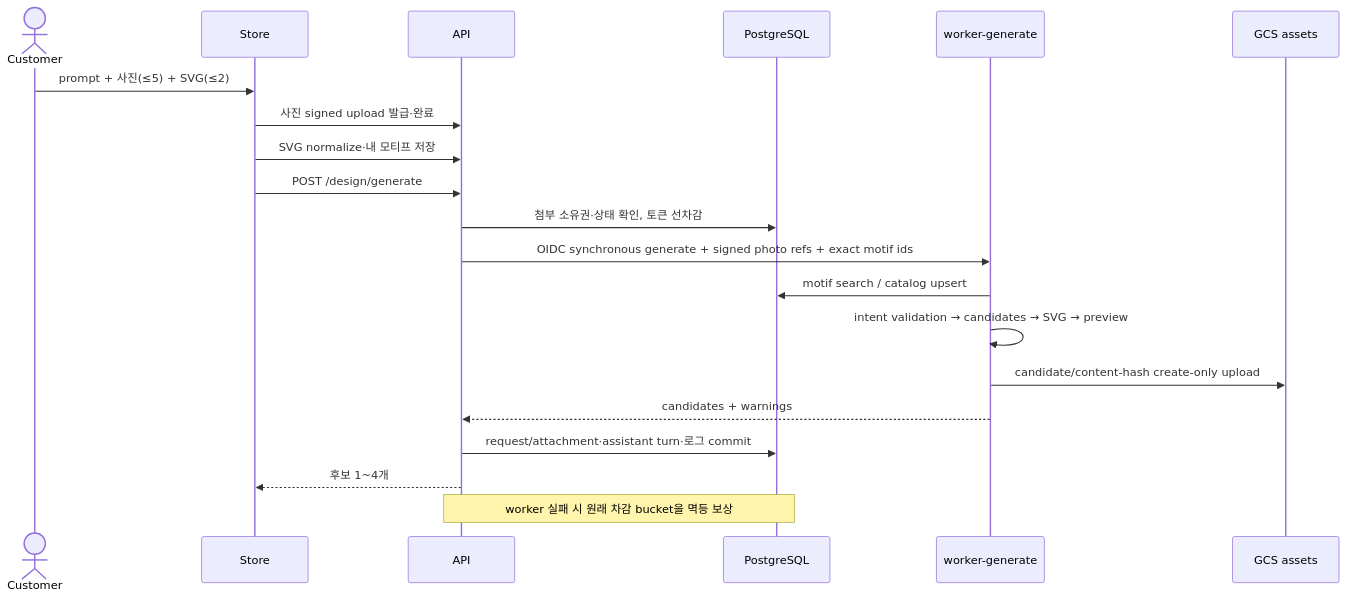
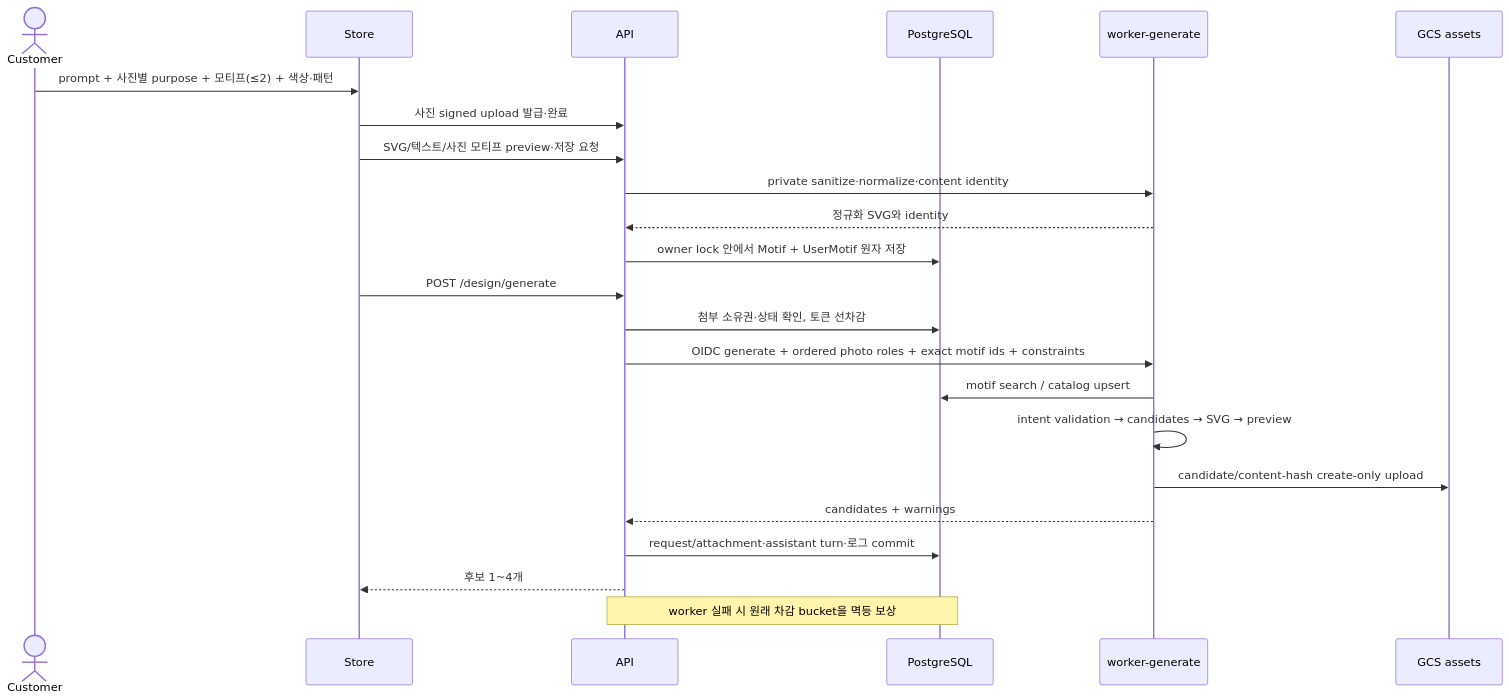
The fifth of 8 diagrams in ARCHITECTURE.md (Bongseop-Kim/essesion), drawn with Mermaid before and after one commit. The commit also changed other lines of this file and 73 other files, not shown here.

````diff
--- a/ARCHITECTURE.md
+++ b/ARCHITECTURE.md
@@ -527,24 +534,27 @@
 ```mermaid
 sequenceDiagram
     actor U as Customer
     participant S as Store
     participant A as API
     participant DB as PostgreSQL
     participant W as worker-generate
     participant G as GCS assets
 
-    U->>S: prompt + 사진(≤5) + SVG(≤2)
+    U->>S: prompt + 사진별 purpose + 모티프(≤2) + 색상·패턴
     S->>A: 사진 signed upload 발급·완료
-    S->>A: SVG normalize·내 모티프 저장
+    S->>A: SVG/텍스트/사진 모티프 preview·저장 요청
+    A->>W: private sanitize·normalize·content identity
+    W-->>A: 정규화 SVG와 identity
+    A->>DB: owner lock 안에서 Motif + UserMotif 원자 저장
     S->>A: POST /design/generate
     A->>DB: 첨부 소유권·상태 확인, 토큰 선차감
-    A->>W: OIDC synchronous generate + signed photo refs + exact motif ids
+    A->>W: OIDC generate + ordered photo roles + exact motif ids + constraints
     W->>DB: motif search / catalog upsert
     W->>W: intent validation → candidates → SVG → preview
     W->>G: candidate/content-hash create-only upload
     W-->>A: candidates + warnings
     A->>DB: request/attachment·assistant turn·로그 commit
     A-->>S: 후보 1~4개
 
     Note over A,DB: worker 실패 시 원래 차감 bucket을 멱등 보상
 ```
````
